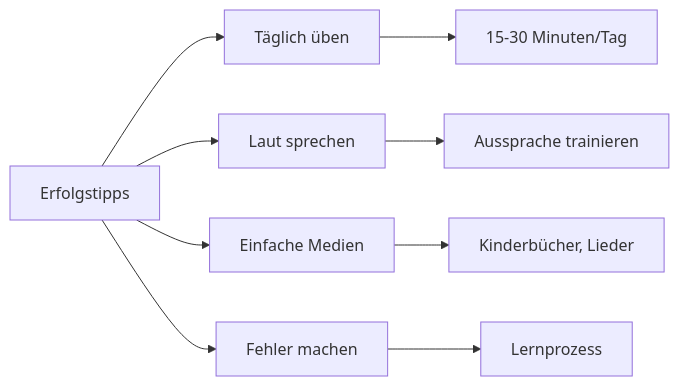
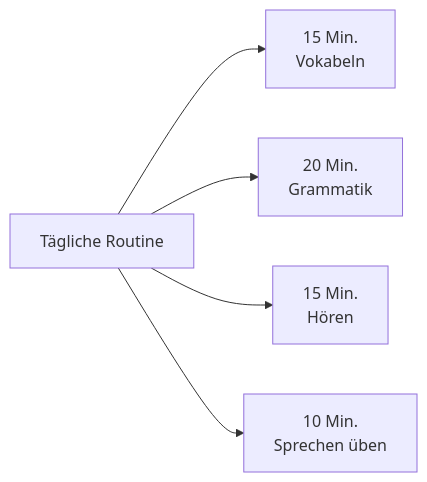
The second of 2 diagrams in docs/niveau/a1/ueberblick.md (wulfnb/german), drawn with Mermaid before and after one commit. The commit also changed other lines of this file and 20 other files, not shown here.

````diff
--- a/docs/niveau/a1/ueberblick.md
+++ b/docs/niveau/a1/ueberblick.md
@@ -178,12 +57,7 @@
 ```mermaid
-graph LR
-    A[Erfolgstipps] --> B[Täglich üben]
-    A --> C[Laut sprechen]
-    A --> D[Einfache Medien]
-    A --> E[Fehler machen]
-    
-    B --> B1[15-30 Minuten/Tag]
-    C --> C1[Aussprache trainieren]
-    D --> D1[Kinderbücher, Lieder]
-    E --> E1[Lernprozess]
+flowchart LR
+    A[Tägliche Routine] --> B[15 Min.<br/>Vokabeln]
+    A --> C[20 Min.<br/>Grammatik]
+    A --> D[15 Min.<br/>Hören]
+    A --> E[10 Min.<br/>Sprechen üben]
 ```
````
